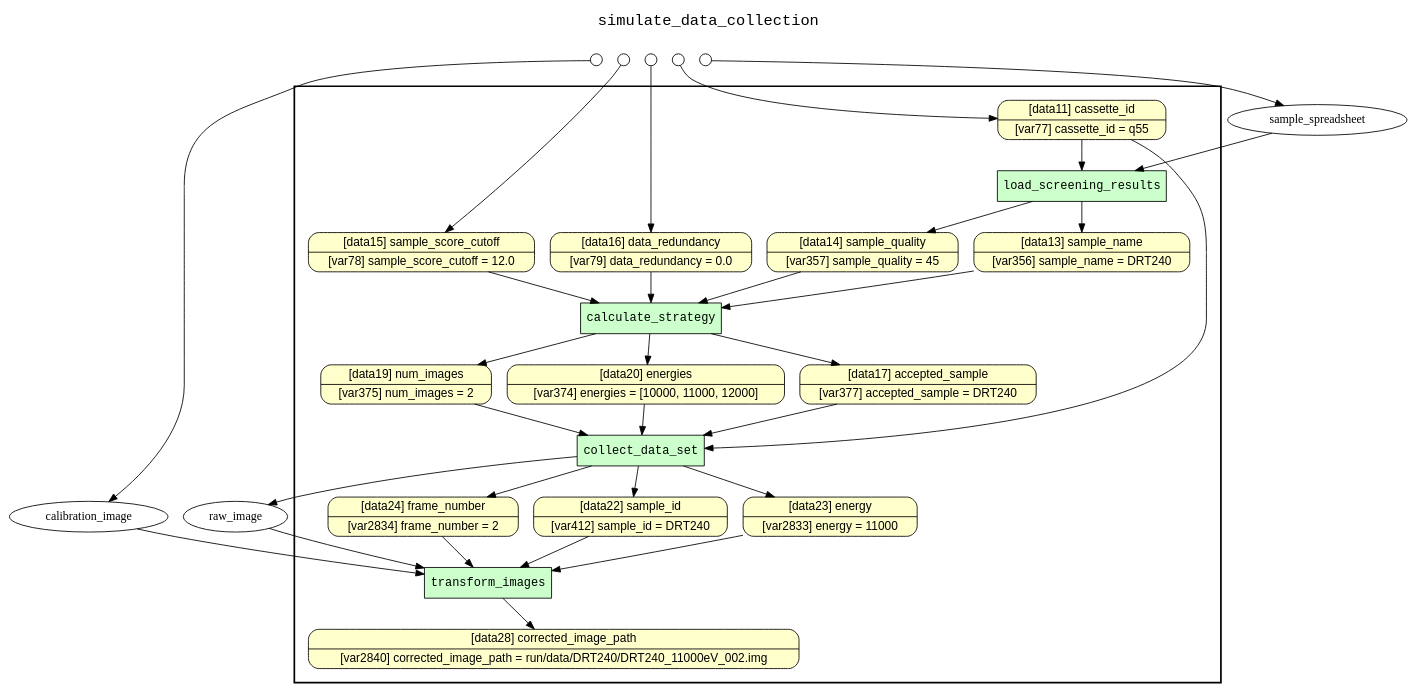
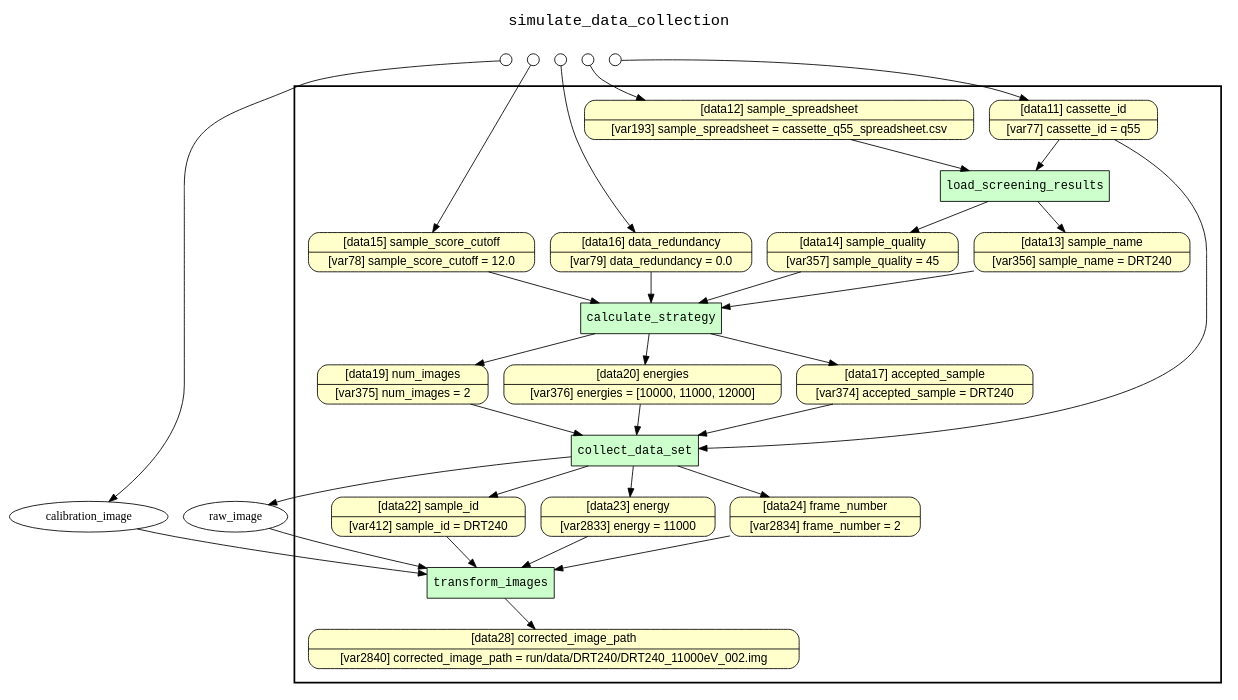
Before and after one commit to yesworkflow-org/yw-noworkflow: the diagram in examples/simulate_data_collection/yw_nw_retrospective_lineage.gv, drawn with Graphviz. The commit also changed 19 other files, not shown here.

```diff
--- a/examples/simulate_data_collection/yw_nw_retrospective_lineage.gv
+++ b/examples/simulate_data_collection/yw_nw_retrospective_lineage.gv
@@ -1,71 +1,72 @@
 
 digraph yw_data_view {
 rankdir=TB
 fontname=Courier; fontsize=18; labelloc=t
 label="simulate_data_collection"
 subgraph cluster_workflow { label=""; color=black; penwidth=2
 subgraph cluster_workflow_inner { label=""; color=white
 node[shape=box style="filled" fillcolor="#CCFFCC" peripheries=1 fontname=Courier]
 collect_data_set
 calculate_strategy
 load_screening_results
 transform_images
 node[shape=box style="filled" fillcolor="#CCFFCC" peripheries=1 fontname=Courier]
 node[shape=box style="rounded,filled" fillcolor="#FFFFCC" peripheries=1 fontname=Helvetica]
 cassette_id [shape=record rankdir=LR label="{<f0> [data11] cassette_id |<f1> [var77] cassette_id = q55}"]
+sample_spreadsheet [shape=record rankdir=LR label="{<f0> [data12] sample_spreadsheet |<f1> [var193] sample_spreadsheet = cassette_q55_spreadsheet.csv}"]
 sample_name [shape=record rankdir=LR label="{<f0> [data13] sample_name |<f1> [var356] sample_name = DRT240}"]
 sample_quality [shape=record rankdir=LR label="{<f0> [data14] sample_quality |<f1> [var357] sample_quality = 45}"]
 sample_score_cutoff [shape=record rankdir=LR label="{<f0> [data15] sample_score_cutoff |<f1> [var78] sample_score_cutoff = 12.0}"]
 data_redundancy [shape=record rankdir=LR label="{<f0> [data16] data_redundancy |<f1> [var79] data_redundancy = 0.0}"]
-accepted_sample [shape=record rankdir=LR label="{<f0> [data17] accepted_sample |<f1> [var377] accepted_sample = DRT240}"]
+accepted_sample [shape=record rankdir=LR label="{<f0> [data17] accepted_sample |<f1> [var374] accepted_sample = DRT240}"]
 num_images [shape=record rankdir=LR label="{<f0> [data19] num_images |<f1> [var375] num_images = 2}"]
-energies [shape=record rankdir=LR label="{<f0> [data20] energies |<f1> [var374] energies = [10000, 11000, 12000]}"]
+energies [shape=record rankdir=LR label="{<f0> [data20] energies |<f1> [var376] energies = [10000, 11000, 12000]}"]
 sample_id [shape=record rankdir=LR label="{<f0> [data22] sample_id |<f1> [var412] sample_id = DRT240}"]
 energy [shape=record rankdir=LR label="{<f0> [data23] energy |<f1> [var2833] energy = 11000}"]
 frame_number [shape=record rankdir=LR label="{<f0> [data24] frame_number |<f1> [var2834] frame_number = 2}"]
 corrected_image_path [shape=record rankdir=LR label="{<f0> [data28] corrected_image_path |<f1> [var2840] corrected_image_path = run/data/DRT240/DRT240_11000eV_002.img}"]
 }}
 subgraph cluster_inflows { label=""; color=white; penwidth=2
 subgraph cluster_inflows_inner { label=""; color=white
 node[shape=circle fillcolor="#FFFFFF" peripheries=1 width=0.2]
 sample_spreadsheet_inflow [label=""]
 calibration_image_inflow [label=""]
 sample_score_cutoff_inflow [label=""]
 data_redundancy_inflow [label=""]
 cassette_id_inflow [label=""]
 }}
 subgraph cluster_outflows { label=""; color=white; penwidth=2
 subgraph cluster_outflows_inner { label=""; color=white
 node[shape=circle fillcolor="#FFFFFF" peripheries=1 width=0.2]
 }}
+raw_image -> transform_images
+num_images -> collect_data_set
+sample_name -> calculate_strategy
+frame_number -> transform_images
+energy -> transform_images
 energies -> collect_data_set
 sample_quality -> calculate_strategy
 sample_spreadsheet -> load_screening_results
 calibration_image -> transform_images
 cassette_id -> collect_data_set
 cassette_id -> load_screening_results
+sample_score_cutoff -> calculate_strategy
+data_redundancy -> calculate_strategy
 sample_id -> transform_images
 accepted_sample -> collect_data_set
-sample_score_cutoff -> calculate_strategy
-data_redundancy -> calculate_strategy
-raw_image -> transform_images
-num_images -> collect_data_set
-sample_name -> calculate_strategy
-frame_number -> transform_images
-energy -> transform_images
 load_screening_results -> sample_name
 load_screening_results -> sample_quality
 calculate_strategy -> accepted_sample
 calculate_strategy -> num_images
 calculate_strategy -> energies
 collect_data_set -> sample_id
 collect_data_set -> energy
 collect_data_set -> frame_number
 collect_data_set -> raw_image
 transform_images -> corrected_image_path
 sample_spreadsheet_inflow -> sample_spreadsheet
 calibration_image_inflow -> calibration_image
 sample_score_cutoff_inflow -> sample_score_cutoff
 data_redundancy_inflow -> data_redundancy
 cassette_id_inflow -> cassette_id
 }
```
